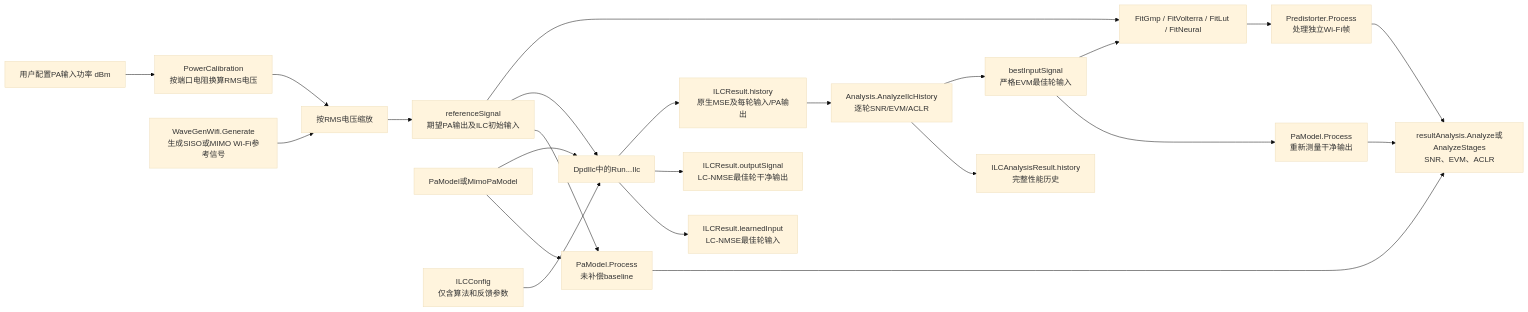
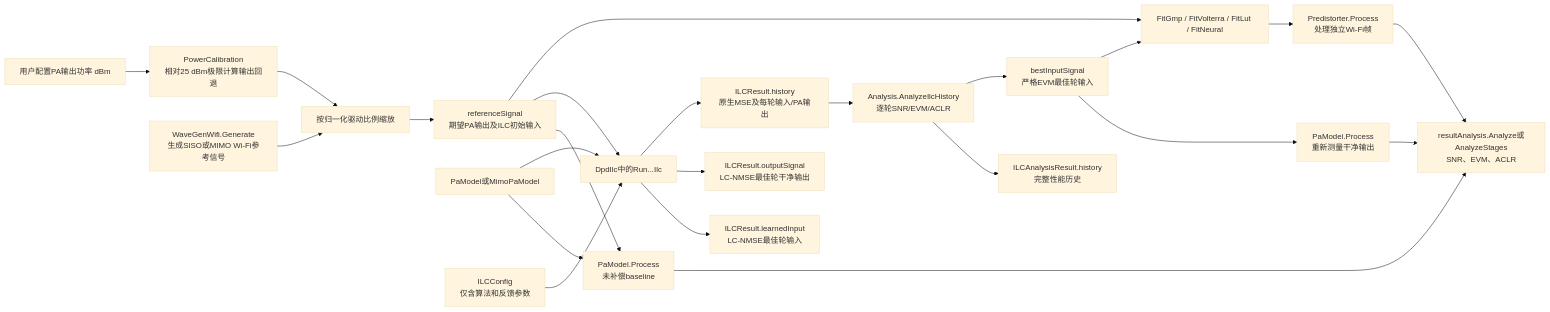
Before and after one commit to niyilu45/DPD_ILC: the first of 2 diagrams in doc/DpdIlc.md, drawn with Mermaid (base theme). The commit also changed other lines of this file and 14 other files, not shown here.

````diff
--- a/doc/DpdIlc.md
+++ b/doc/DpdIlc.md
@@ -26,25 +26,25 @@
 ```mermaid
 flowchart LR
-    power["用户配置PA输入功率 dBm"] --> calibration["PowerCalibration<br/>按端口电阻换算RMS电压"]
-    wave["WaveGenWifi.Generate<br/>生成SISO或MIMO Wi-Fi参考信号"] --> scale["按RMS电压缩放"]
+    power["用户配置PA输出功率 dBm"] --> calibration["PowerCalibration<br/>相对25 dBm极限计算输出回退"]
+    wave["WaveGenWifi.Generate<br/>生成SISO或MIMO Wi-Fi参考信号"] --> scale["按归一化驱动比例缩放"]
     calibration --> scale
     scale --> reference["referenceSignal<br/>期望PA输出及ILC初始输入"]
     reference --> baseline["PaModel.Process<br/>未补偿baseline"]
     reference --> ilc["DpdIlc中的Run...Ilc"]
     pa["PaModel或MimoPaModel"] --> baseline
     pa --> ilc
     config["ILCConfig<br/>仅含算法和反馈参数"] --> ilc
     ilc --> learned["ILCResult.learnedInput<br/>LC-NMSE最佳轮输入"]
     ilc --> output["ILCResult.outputSignal<br/>LC-NMSE最佳轮干净输出"]
     ilc --> history["ILCResult.history<br/>原生MSE及每轮输入/PA输出"]
     history --> analysis["Analysis.AnalyzeIlcHistory<br/>逐轮SNR/EVM/ACLR"]
     analysis --> analyzedHistory["ILCAnalysisResult.history<br/>完整性能历史"]
     analysis --> evmBest["bestInputSignal<br/>严格EVM最佳轮输入"]
     evmBest --> cleanOutput["PaModel.Process<br/>重新测量干净输出"]
     evmBest --> fit["FitGmp / FitVolterra / FitLut / FitNeural"]
     reference --> fit
     fit --> deploy["Predistorter.Process<br/>处理独立Wi-Fi帧"]
     baseline --> metrics["resultAnalysis.Analyze或AnalyzeStages<br/>SNR、EVM、ACLR"]
     cleanOutput --> metrics
     deploy --> metrics
 ```
````
